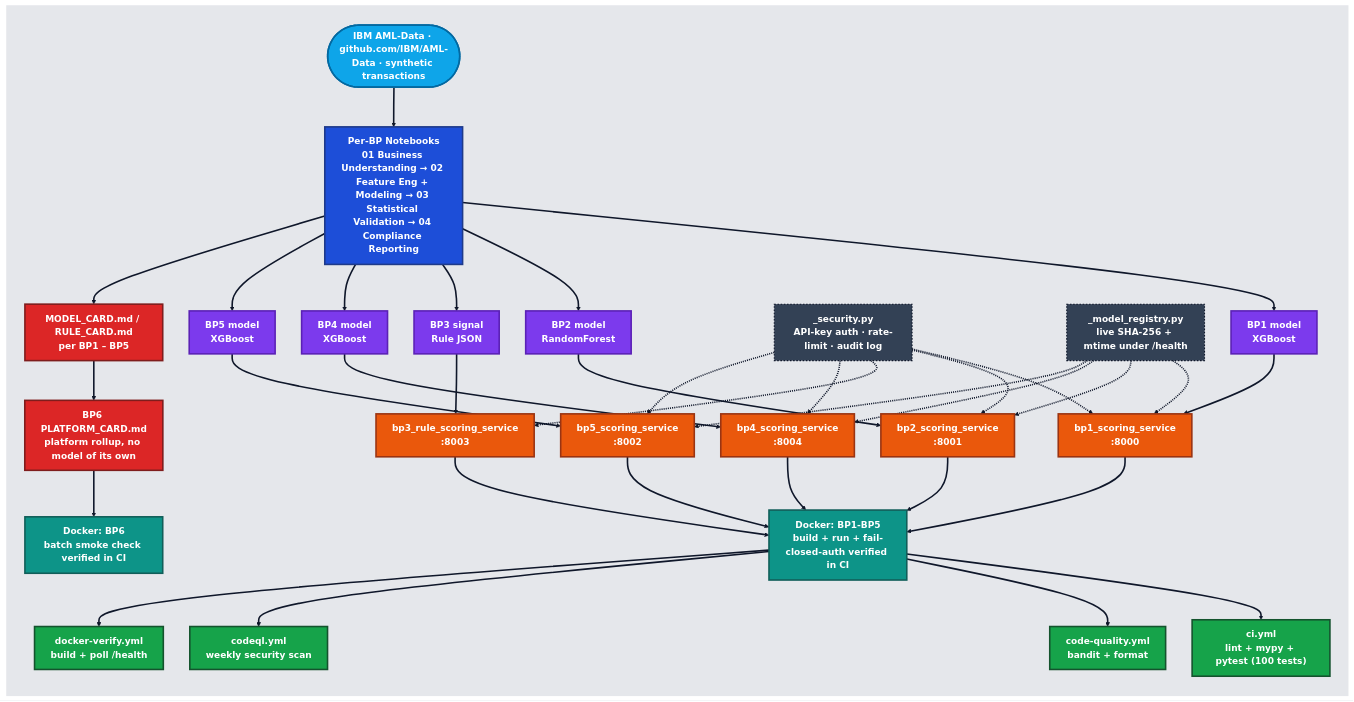
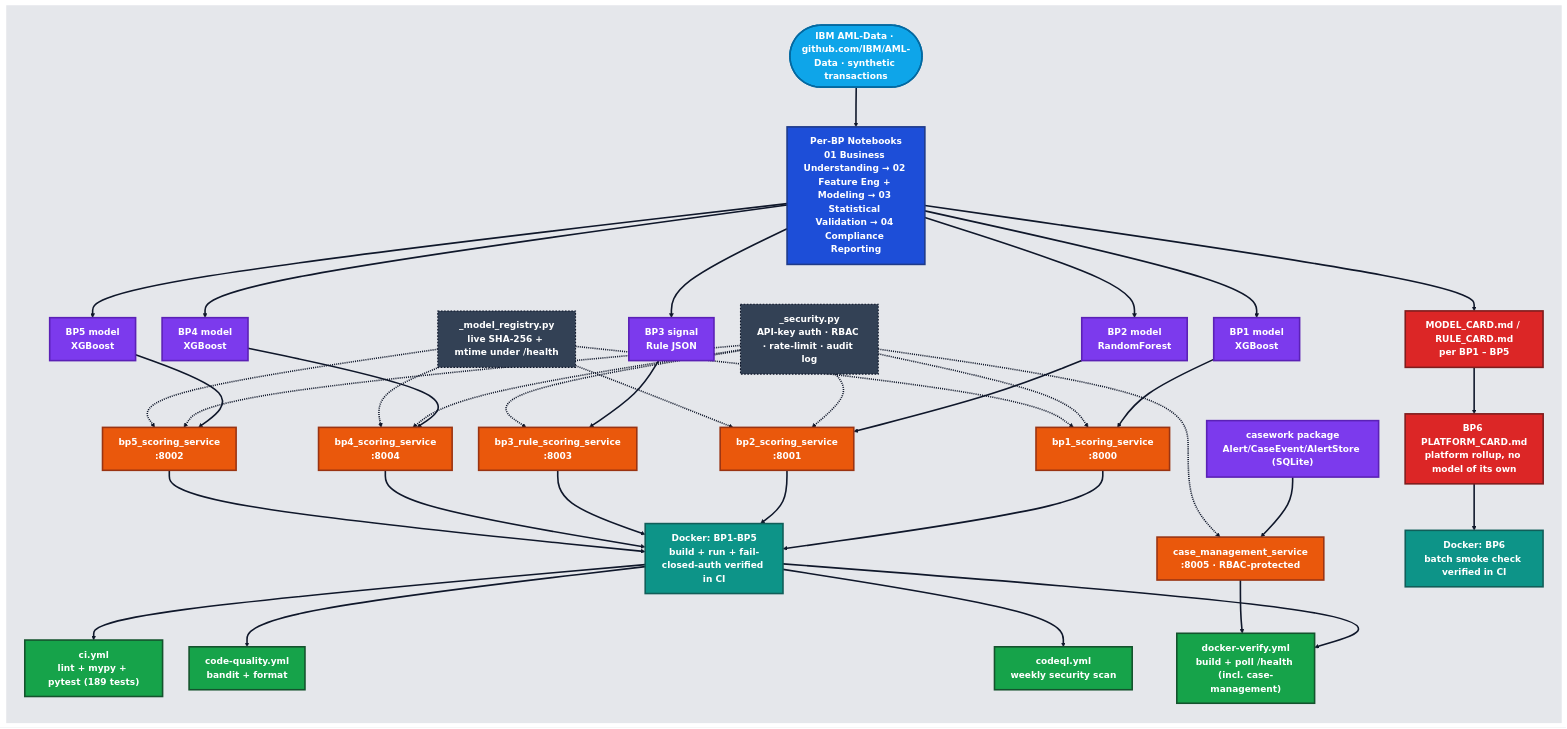
One commit to rnanda19/IBM_AML_RiskIQ_Enterprise_Suite changed the diagram in README.md. Above: the diagram before and after it, drawn with Mermaid. The commit also changed other lines of this file and 24 other files, not shown here.

````diff
--- a/README.md
+++ b/README.md
@@ -25,55 +25,59 @@
 ```mermaid
 %%{init: {"theme": "base", "themeVariables": {
   "primaryColor": "#1e293b",
   "primaryTextColor": "#ffffff",
   "primaryBorderColor": "#64748b",
   "lineColor": "#0f172a",
   "fontSize": "17px",
   "fontFamily": "Segoe UI, Helvetica, Arial, sans-serif"
 }}}%%
 flowchart TD
   subgraph CANVAS[" "]
     direction TD
     SRC(["IBM AML-Data · github.com/IBM/AML-Data · synthetic transactions"]):::source
 
     SRC ==> NB["Per-BP Notebooks<br/>01 Business Understanding → 02 Feature Eng + Modeling → 03 Statistical Validation → 04 Compliance Reporting"]:::stage
 
     NB ==> M1["BP1 model<br/>XGBoost"]:::model
     NB ==> M2["BP2 model<br/>RandomForest"]:::model
     NB ==> M3["BP3 signal<br/>Rule JSON"]:::model
     NB ==> M4["BP4 model<br/>XGBoost"]:::model
     NB ==> M5["BP5 model<br/>XGBoost"]:::model
 
     M1 ==> S1["bp1_scoring_service<br/>:8000"]:::service
     M2 ==> S2["bp2_scoring_service<br/>:8001"]:::service
     M3 ==> S3["bp3_rule_scoring_service<br/>:8003"]:::service
     M4 ==> S4["bp4_scoring_service<br/>:8004"]:::service
     M5 ==> S5["bp5_scoring_service<br/>:8002"]:::service
 
-    SEC["_security.py<br/>API-key auth · rate-limit · audit log"]:::infra -.-> S1 & S2 & S3 & S4 & S5
+    SEC["_security.py<br/>API-key auth · RBAC · rate-limit · audit log"]:::infra -.-> S1 & S2 & S3 & S4 & S5
     REG["_model_registry.py<br/>live SHA-256 + mtime under /health"]:::infra -.-> S1 & S2 & S4 & S5
 
     S1 & S2 & S3 & S4 & S5 ==> DOK["Docker: BP1-BP5<br/>build + run + fail-closed-auth verified in CI"]:::docker
 
-    DOK ==> CI1["ci.yml<br/>lint + mypy + pytest (100 tests)"]:::ci
+    CW["casework package<br/>Alert/CaseEvent/AlertStore (SQLite)"]:::model ==> CMS["case_management_service<br/>:8005 · RBAC-protected"]:::service
+    SEC -.-> CMS
+
+    DOK ==> CI1["ci.yml<br/>lint + mypy + pytest (189 tests)"]:::ci
     DOK ==> CI2["code-quality.yml<br/>bandit + format"]:::ci
     DOK ==> CI3["codeql.yml<br/>weekly security scan"]:::ci
-    DOK ==> CI4["docker-verify.yml<br/>build + poll /health"]:::ci
+    DOK ==> CI4["docker-verify.yml<br/>build + poll /health (incl. case-management)"]:::ci
+    CMS ==> CI4
 
     NB ==> R1["MODEL_CARD.md / RULE_CARD.md<br/>per BP1 – BP5"]:::report
     R1 ==> R2["BP6 PLATFORM_CARD.md<br/>platform rollup, no model of its own"]:::report
     R2 ==> DOKB["Docker: BP6<br/>batch smoke check verified in CI"]:::docker
   end
 
   classDef source fill:#0ea5e9,stroke:#0369a1,color:#ffffff,stroke-width:3px,font-weight:bold
   classDef stage fill:#1d4ed8,stroke:#1e3a8a,color:#ffffff,stroke-width:3px,font-weight:bold
   classDef model fill:#7c3aed,stroke:#5b21b6,color:#ffffff,stroke-width:3px,font-weight:bold
   classDef service fill:#ea580c,stroke:#9a3412,color:#ffffff,stroke-width:3px,font-weight:bold
   classDef infra fill:#334155,stroke:#0f172a,color:#ffffff,stroke-width:2px,font-weight:bold,stroke-dasharray: 3 3
   classDef docker fill:#0d9488,stroke:#115e59,color:#ffffff,stroke-width:3px,font-weight:bold
   classDef ci fill:#16a34a,stroke:#14532d,color:#ffffff,stroke-width:3px,font-weight:bold
   classDef report fill:#dc2626,stroke:#7f1d1d,color:#ffffff,stroke-width:3px,font-weight:bold
 
   linkStyle default stroke:#0f172a,stroke-width:3px
   style CANVAS fill:#e5e7eb,stroke:none
 ```
````
